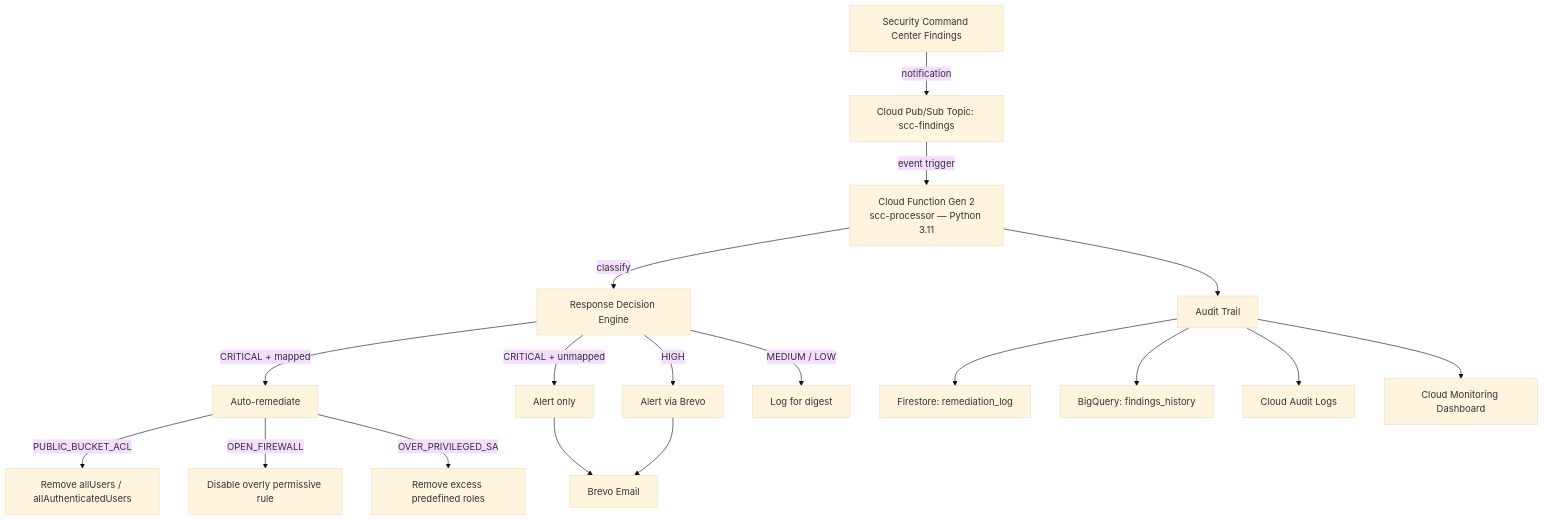
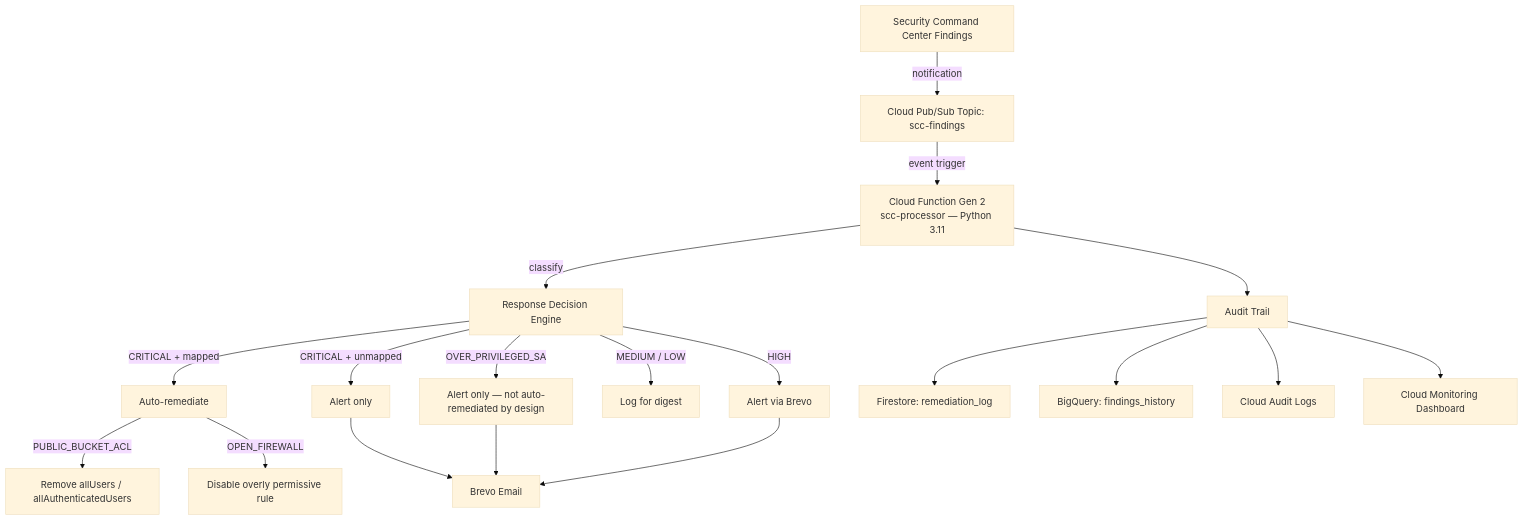
The first of 2 diagrams in README.md (Bigbadlonewolf/SecureVault), drawn with Mermaid (base theme) before and after one commit. The commit also changed other lines of this file and 3 other files, not shown here.

````diff
--- a/README.md
+++ b/README.md
@@ -25,20 +25,21 @@
 ```mermaid
 flowchart TD
     SCC[Security Command Center Findings] -->|notification| PS[Cloud Pub/Sub Topic: scc-findings]
     PS -->|event trigger| CF[Cloud Function Gen 2<br/>scc-processor — Python 3.11]
     CF -->|classify| DE[Response Decision Engine]
     DE -->|CRITICAL + mapped| REM[Auto-remediate]
     DE -->|CRITICAL + unmapped| ALERT1[Alert only]
     DE -->|HIGH| ALERT2[Alert via Brevo]
     DE -->|MEDIUM / LOW| LOG[Log for digest]
     REM -->|PUBLIC_BUCKET_ACL| A1[Remove allUsers / allAuthenticatedUsers]
     REM -->|OPEN_FIREWALL| A2[Disable overly permissive rule]
-    REM -->|OVER_PRIVILEGED_SA| A3[Remove excess predefined roles]
+    DE -->|OVER_PRIVILEGED_SA| ALERT3[Alert only — not auto-remediated by design]
     ALERT1 --> BV[Brevo Email]
+    ALERT3 --> BV
     ALERT2 --> BV
     CF --> AUDIT[Audit Trail]
     AUDIT --> FS[Firestore: remediation_log]
     AUDIT --> BQ[BigQuery: findings_history]
     AUDIT --> CAL[Cloud Audit Logs]
     AUDIT --> MON[Cloud Monitoring Dashboard]
 ```
````
